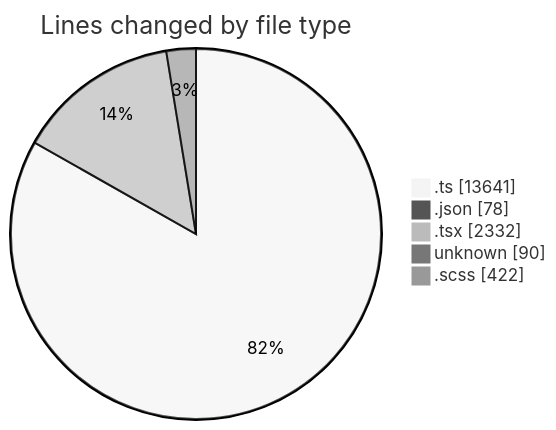
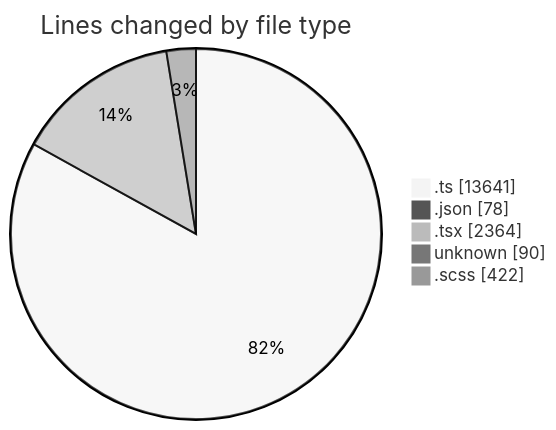
Before and after one commit to momahboobian/code-tracking: the first of 2 diagrams in 2025-08-29/cda/README.md, drawn with Mermaid (neutral theme). The commit also changed other lines of this file and 1 other file, not shown here.

````diff
--- a/2025-08-29/cda/README.md
+++ b/2025-08-29/cda/README.md
@@ -34,9 +34,9 @@
 ```mermaid
 pie showData
 title Lines changed by file type
 ".ts" : 13641
 ".json" : 78
-".tsx" : 2332
+".tsx" : 2364
 "unknown" : 90
 ".scss" : 422
 ```
````
